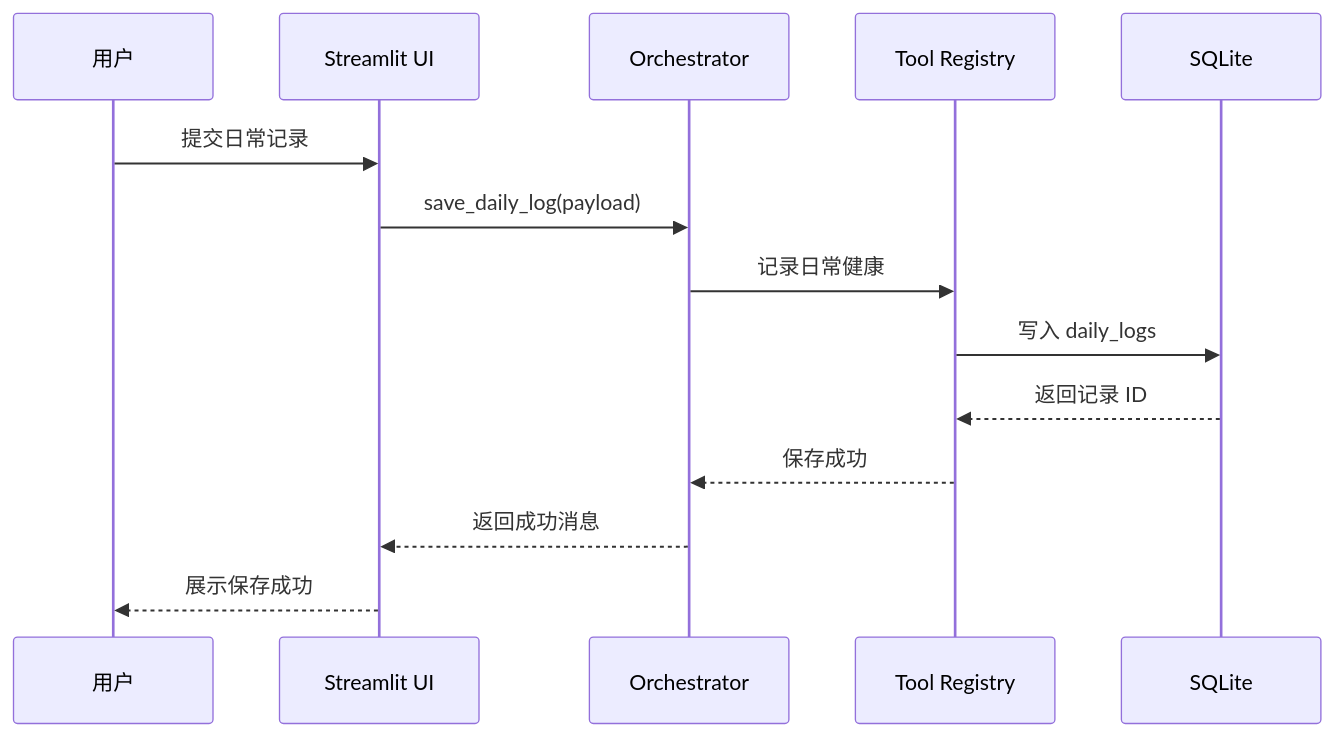
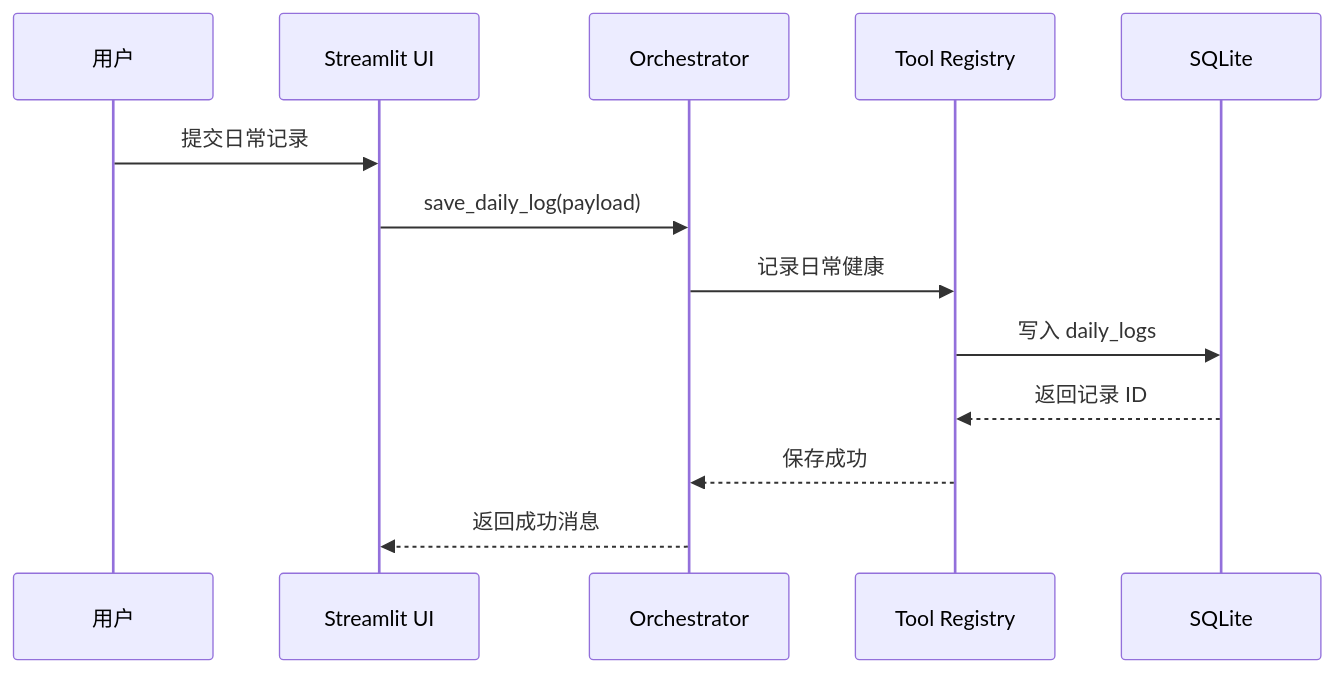
Before and after one commit to DameBr1An/gout-care-agent: the second of 4 diagrams in ARCHITECTURE.md, drawn with Mermaid. The commit also changed other lines of this file and 33 other files, not shown here.

````diff
--- a/ARCHITECTURE.md
+++ b/ARCHITECTURE.md
@@ -224,17 +162,16 @@
 ```mermaid
 sequenceDiagram
     participant User as 用户
     participant UI as Streamlit UI
     participant O as Orchestrator
     participant T as Tool Registry
     participant DB as SQLite
 
     User->>UI: 提交日常记录
     UI->>O: save_daily_log(payload)
     O->>T: 记录日常健康
     T->>DB: 写入 daily_logs
     DB-->>T: 返回记录 ID
     T-->>O: 保存成功
     O-->>UI: 返回成功消息
-    UI-->>User: 展示保存成功
 ```
````
